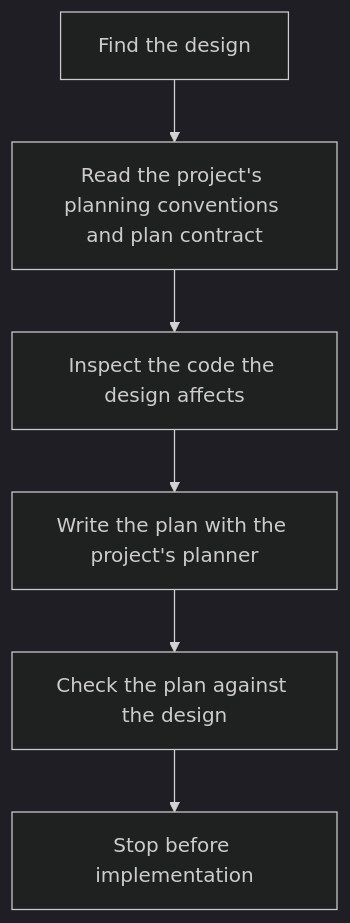
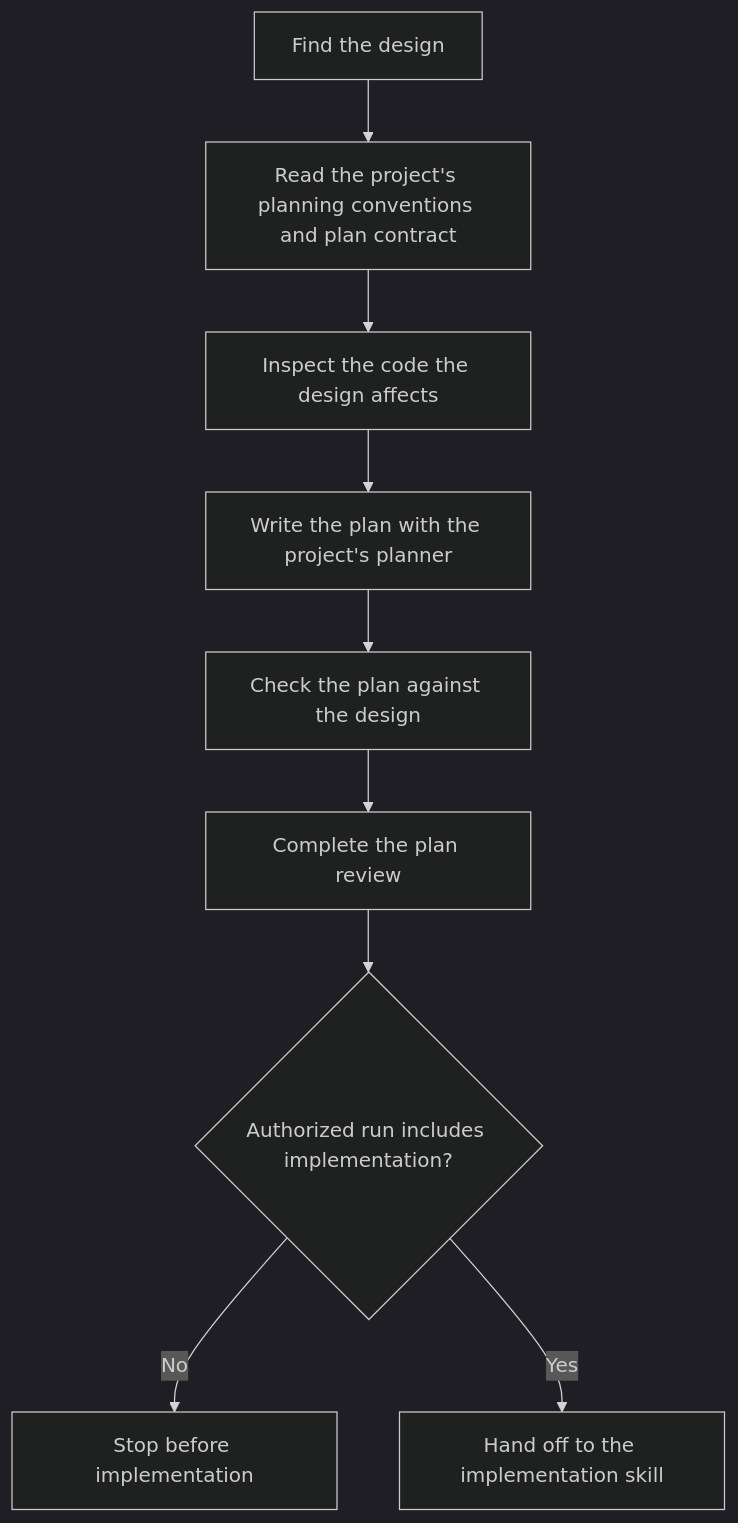
The diagram in skills/start-planning/README.md (carlosboeing/agentic-toolkit), drawn with Mermaid (dark theme) before and after one commit. The commit also changed other lines of this file and 17 other files, not shown here.

````diff
--- a/skills/start-planning/README.md
+++ b/skills/start-planning/README.md
@@ -22,8 +22,11 @@
 ```mermaid
 flowchart TB
     Design["Find the design"] --> Conventions["Read the project's planning conventions and plan contract"]
     Conventions --> Inspect["Inspect the code the design affects"]
     Inspect --> Plan["Write the plan with the project's planner"]
     Plan --> Check["Check the plan against the design"]
-    Check --> Stop["Stop before implementation"]
+    Check --> Review["Complete the plan review"]
+    Review --> Scope{"Authorized run includes implementation?"}
+    Scope -->|No| Stop["Stop before implementation"]
+    Scope -->|Yes| Handoff["Hand off to the implementation skill"]
 ```
````
